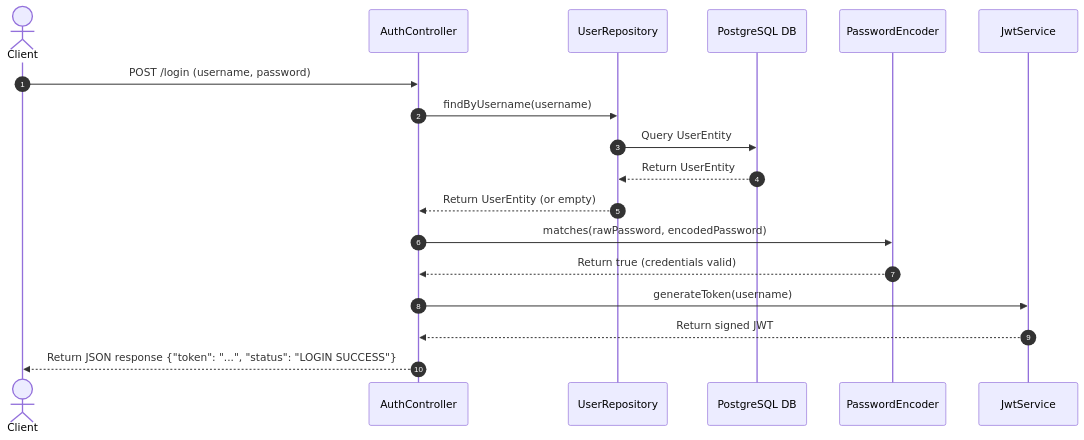
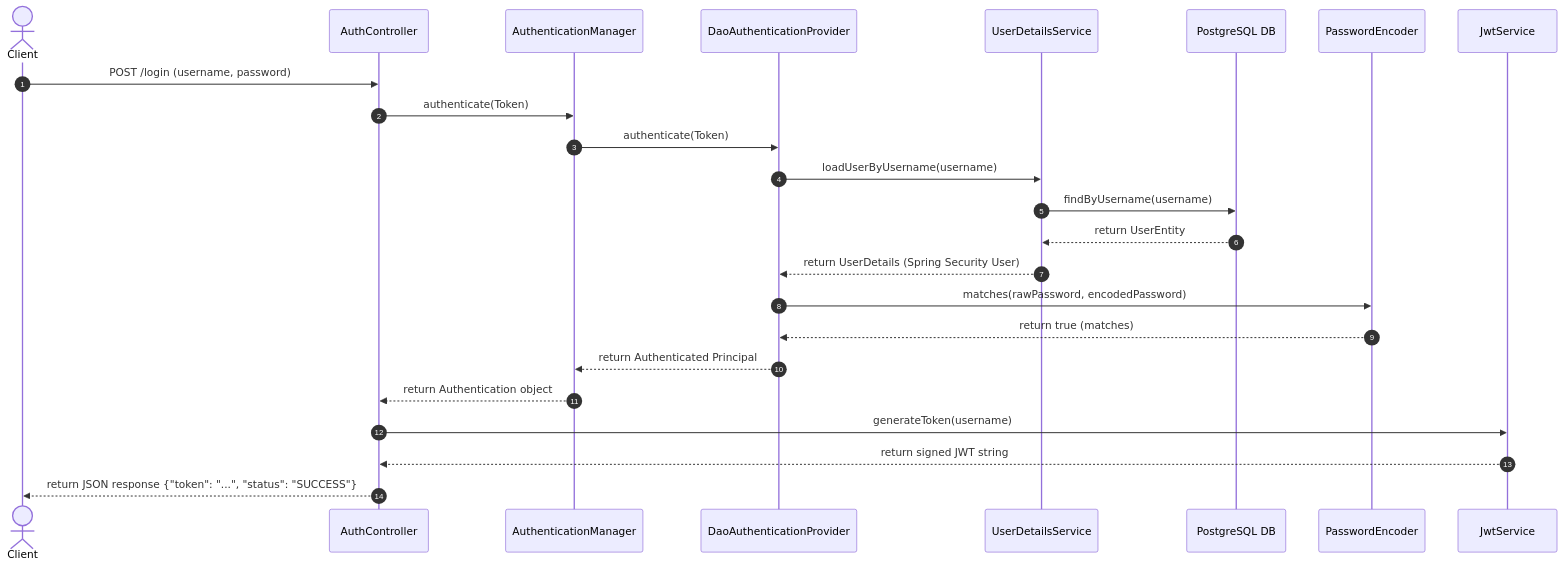
The first of 2 diagrams in hinotes/authentication_implementations_jwt.md (hipradeep/SpringProjects), drawn with Mermaid before and after one commit. The commit also changed other lines of this file and 1 other file, not shown here.

Commit message:
auth/custom1-jwt

````diff
--- a/hinotes/authentication_implementations_jwt.md
+++ b/hinotes/authentication_implementations_jwt.md
@@ -12,21 +12,27 @@
 ```mermaid
 sequenceDiagram
     autonumber
     actor Client
     participant AuthController
-    participant UserRepository
+    participant AuthenticationManager
+    participant DaoAuthenticationProvider
+    participant UserDetailsService
     participant DB as PostgreSQL DB
     participant PasswordEncoder
     participant JwtService
 
     Client->>AuthController: POST /login (username, password)
-    AuthController->>UserRepository: findByUsername(username)
-    UserRepository->>DB: Query UserEntity
-    DB-->>UserRepository: Return UserEntity
-    UserRepository-->>AuthController: Return UserEntity (or empty)
-    AuthController->>PasswordEncoder: matches(rawPassword, encodedPassword)
-    PasswordEncoder-->>AuthController: Return true (credentials valid)
+    AuthController->>AuthenticationManager: authenticate(Token)
+    AuthenticationManager->>DaoAuthenticationProvider: authenticate(Token)
+    DaoAuthenticationProvider->>UserDetailsService: loadUserByUsername(username)
+    UserDetailsService->>DB: findByUsername(username)
+    DB-->>UserDetailsService: return UserEntity
+    UserDetailsService-->>DaoAuthenticationProvider: return UserDetails (Spring Security User)
+    DaoAuthenticationProvider->>PasswordEncoder: matches(rawPassword, encodedPassword)
+    PasswordEncoder-->>DaoAuthenticationProvider: return true (matches)
+    DaoAuthenticationProvider-->>AuthenticationManager: return Authenticated Principal
+    AuthenticationManager-->>AuthController: return Authentication object
     AuthController->>JwtService: generateToken(username)
-    JwtService-->>AuthController: Return signed JWT
-    AuthController-->>Client: Return JSON response {"token": "...", "status": "LOGIN SUCCESS"}
+    JwtService-->>AuthController: return signed JWT string
+    AuthController-->>Client: return JSON response {"token": "...", "status": "SUCCESS"}
 ```
````
